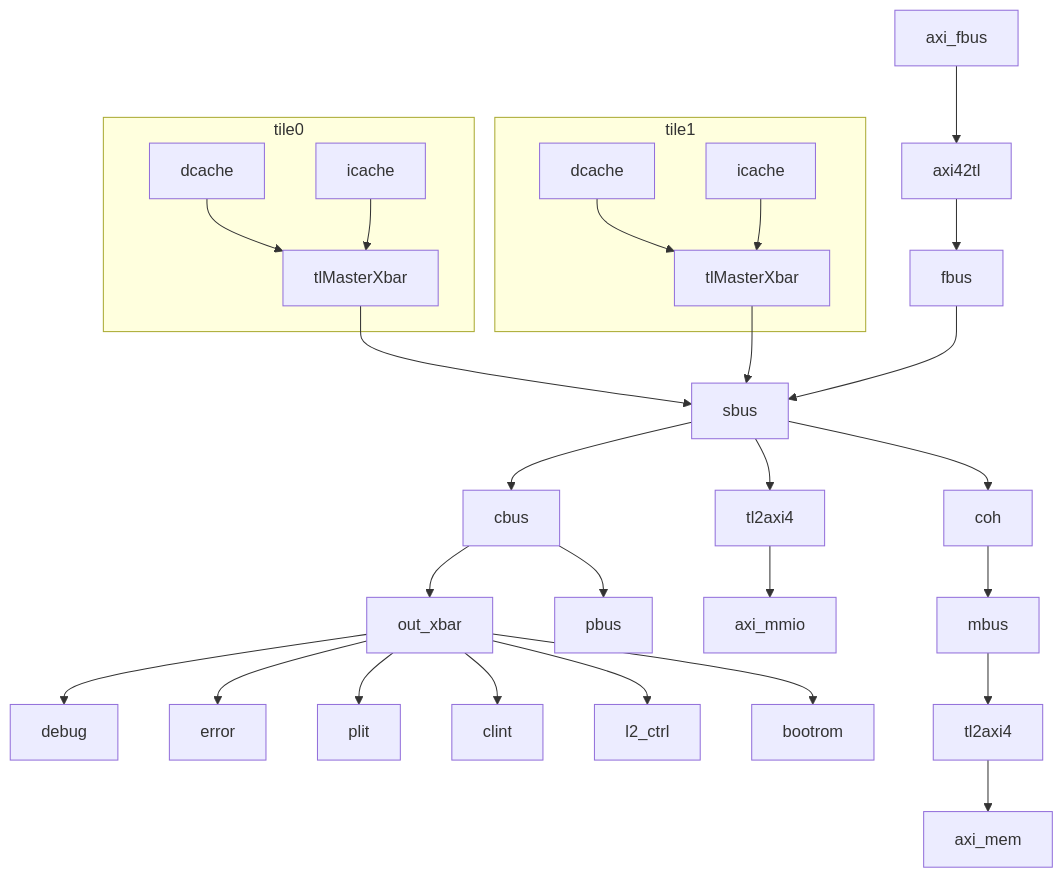
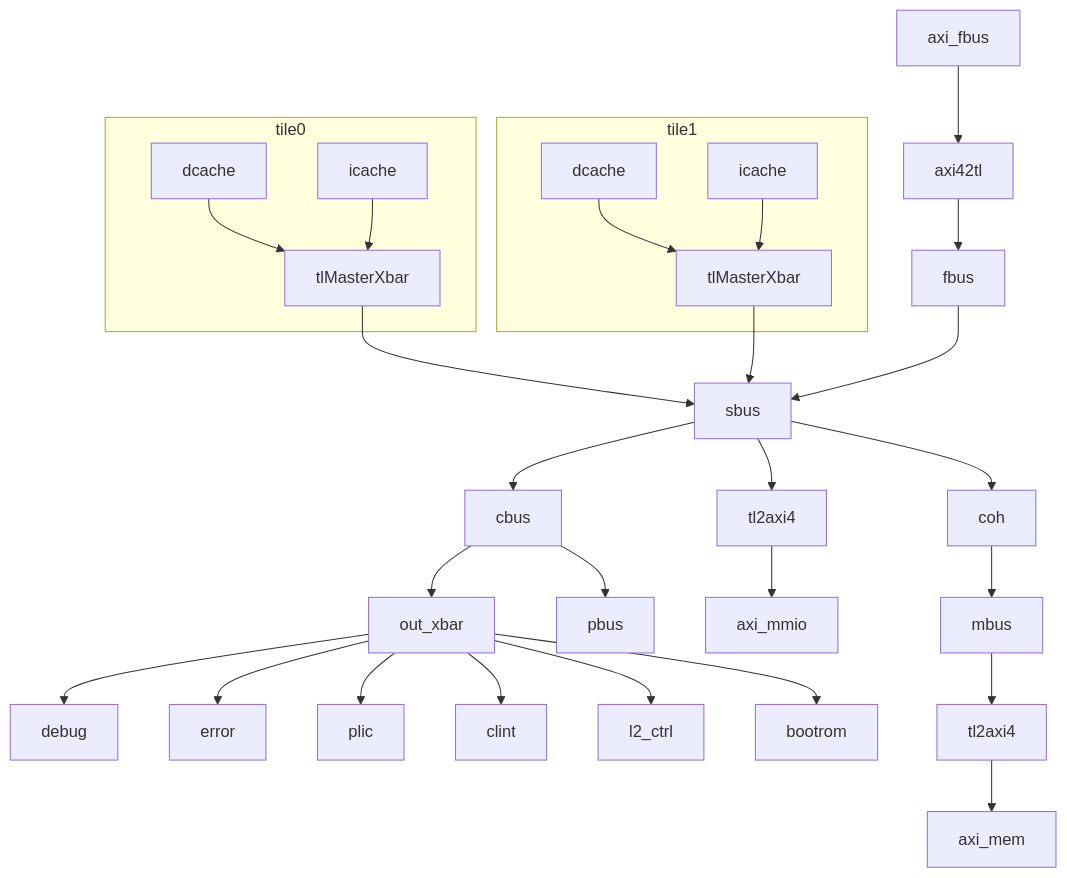
The diagram in docs/blog/posts/hardware/rocket-chip-diplomacy.md (jiegec/blog-source), drawn with Mermaid before and after one commit. The commit also changed other lines of this file and 7 other files, not shown here.

````diff
--- a/docs/blog/posts/hardware/rocket-chip-diplomacy.md
+++ b/docs/blog/posts/hardware/rocket-chip-diplomacy.md
@@ -64,33 +64,33 @@
 ```mermaid
 flowchart TD
     subgraph tile0
         dcache0[dcache]
         icache0[icache]
         tlMasterXbar0[tlMasterXbar]
         dcache0 --> tlMasterXbar0
         icache0 --> tlMasterXbar0
     end
 
     subgraph tile1
         dcache1[dcache]
         icache1[icache]
         tlMasterXbar1[tlMasterXbar]
         dcache1 --> tlMasterXbar1
         icache1 --> tlMasterXbar1
     end
 
     sbus
     tlMasterXbar0 --> sbus
     tlMasterXbar1 --> sbus
     axi_fbus --> axi42tl --> fbus --> sbus
     sbus --> cbus --> out_xbar
     out_xbar --> debug
     out_xbar --> error
-    out_xbar --> plit
+    out_xbar --> plic
     out_xbar --> clint
     out_xbar --> l2_ctrl
     out_xbar --> bootrom
     cbus --> pbus
     sbus --> tl2axi4_mmio[tl2axi4] --> axi_mmio
     sbus --> coh --> mbus --> tl2axi4_mem[tl2axi4] --> axi_mem
 ```
````
